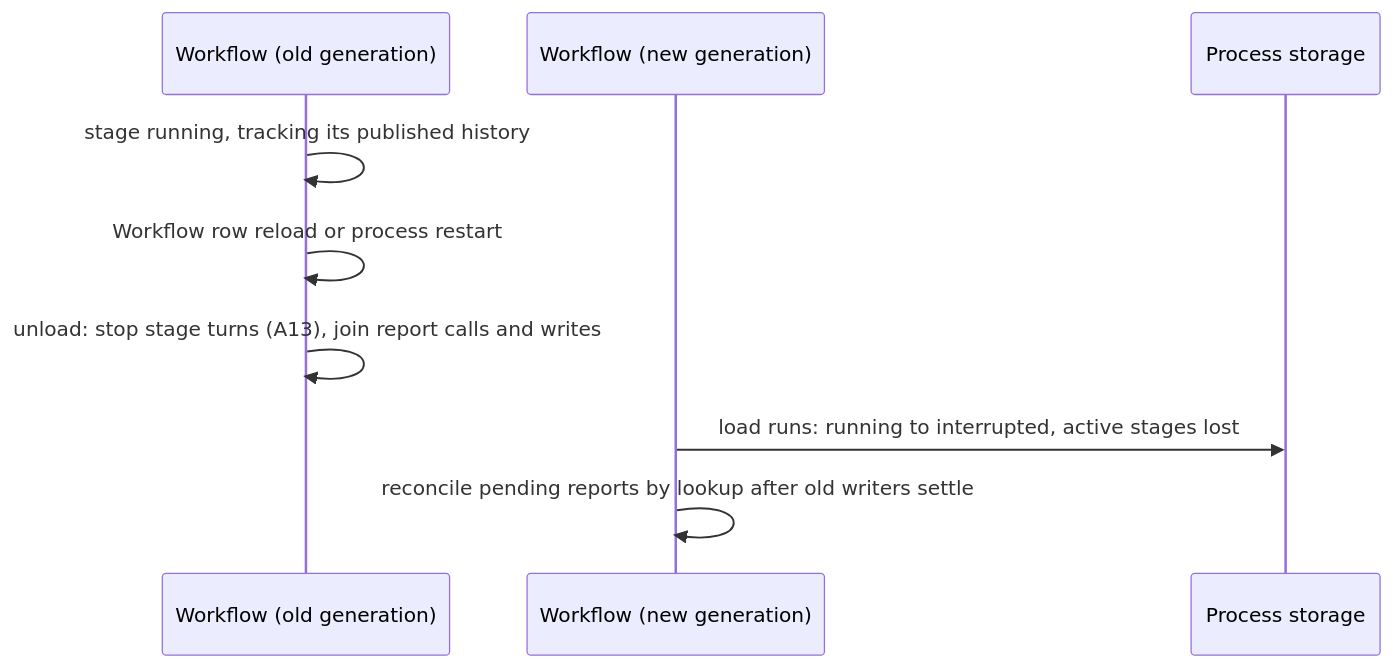
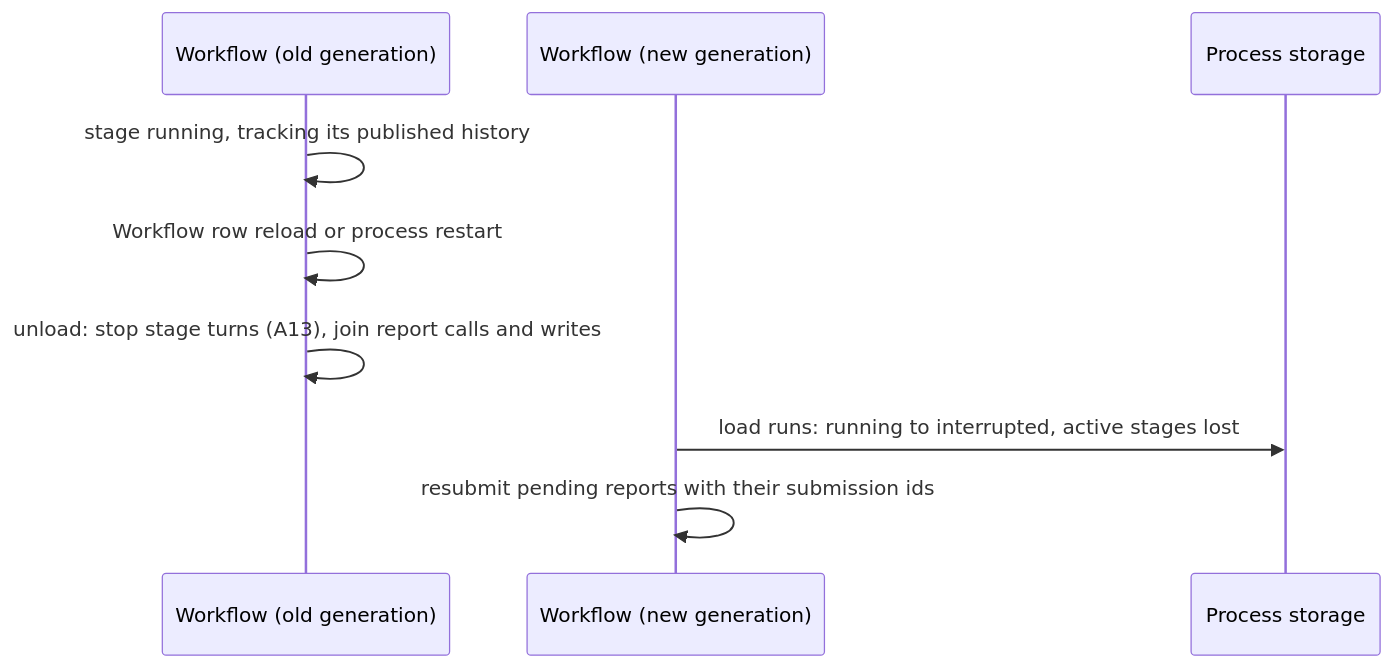
One commit to CoutinhoTTS/dim-agent changed the sixth of 6 diagrams in docs/design/plugins/Workflow.md. Above: the diagram before and after it, drawn with Mermaid. The commit also changed other lines of this file and 40 other files, not shown here.

````diff
--- a/docs/design/plugins/Workflow.md
+++ b/docs/design/plugins/Workflow.md
@@ -291,11 +288,11 @@
 ```mermaid
 sequenceDiagram
   participant WF as Workflow (old generation)
   participant WF2 as Workflow (new generation)
   participant ST as Process storage
   WF->>WF: stage running, tracking its published history
   WF->>WF: Workflow row reload or process restart
   WF->>WF: unload: stop stage turns (A13), join report calls and writes
   WF2->>ST: load runs: running to interrupted, active stages lost
-  WF2->>WF2: reconcile pending reports by lookup after old writers settle
+  WF2->>WF2: resubmit pending reports with their submission ids
 ```
````
